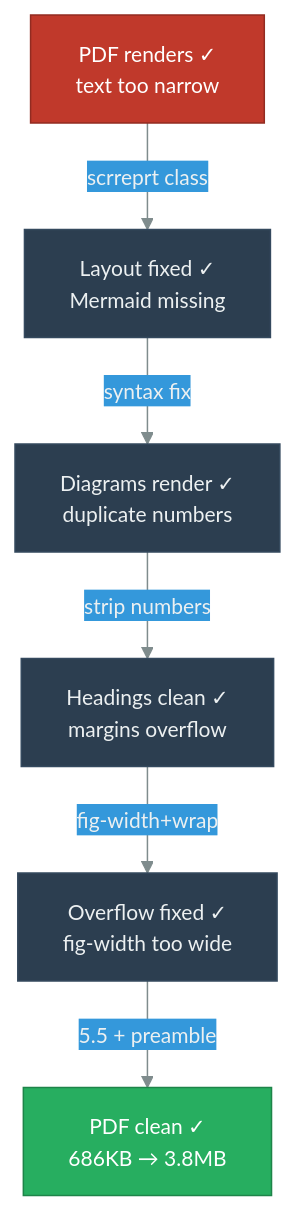
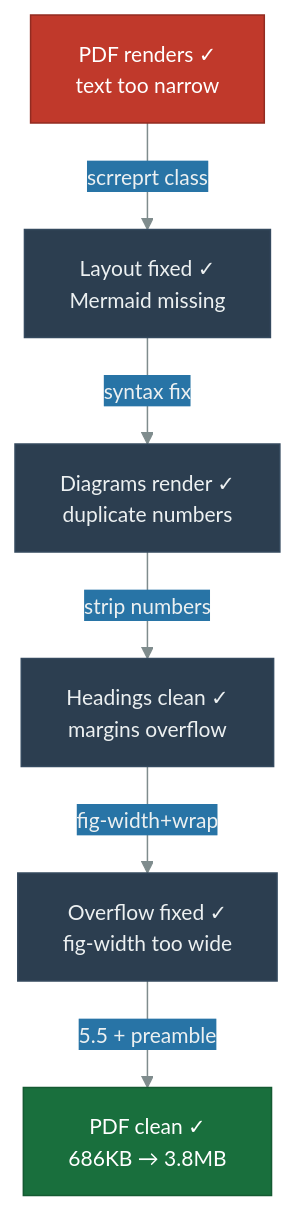
The second of 3 diagrams in case-study-publishing-pipeline.qmd (danielmeppiel/agentic-sdlc-handbook), drawn with Mermaid before and after one commit. The commit also changed other lines of this file and 2 other files, not shown here.

First line of the commit message:
fix: WCAG AA+ contrast compliance for Mermaid diagram colors

````diff
--- a/case-study-publishing-pipeline.qmd
+++ b/case-study-publishing-pipeline.qmd
@@ -67,16 +67,16 @@
 ```{mermaid}
 %%| fig-width: 4.5
 %%| fig-cap: "The 'Almost Done' trap: cascading PDF rendering fixes"
 %%| fig-alt: "Flowchart showing a cascade of five PDF rendering fixes. Step 1: PDF renders but text is too narrow, fixed by switching to scrreprt class. Step 2: Layout is fixed but Mermaid diagrams are missing, fixed by syntax correction. Step 3: Diagrams render but duplicate heading numbers appear, fixed by stripping manual numbers. Step 4: Headings are clean but margins overflow, fixed by adjusting fig-width and adding code wrap. Step 5: Overflow is fixed but fig-width is still too wide, fixed by reducing to 5.5 inches and adding preamble. Final result: PDF is clean, growing from 686KB to 3.8MB with rendered diagrams."
 %%| label: fig-cs-almost-done
-%%{init: {'theme': 'base', 'themeVariables': {'primaryColor': '#2c3e50', 'primaryTextColor': '#ecf0f1', 'primaryBorderColor': '#34495e', 'lineColor': '#7f8c8d', 'secondaryColor': '#3498db', 'tertiaryColor': '#ecf0f1', 'fontSize': '14px'}}}%%
+%%{init: {'theme': 'base', 'themeVariables': {'primaryColor': '#2c3e50', 'primaryTextColor': '#ecf0f1', 'primaryBorderColor': '#34495e', 'lineColor': '#7f8c8d', 'secondaryColor': '#2874a6', 'tertiaryColor': '#ecf0f1', 'fontSize': '14px'}}}%%
 flowchart TD
     A["PDF renders ✓<br/>text too narrow"] -->|scrreprt class| B["Layout fixed ✓<br/>Mermaid missing"]
     B -->|syntax fix| C["Diagrams render ✓<br/>duplicate numbers"]
     C -->|strip numbers| D["Headings clean ✓<br/>margins overflow"]
     D -->|fig-width+wrap| E["Overflow fixed ✓<br/>fig-width too wide"]
     E -->|5.5 + preamble| F["PDF clean ✓<br/>686KB → 3.8MB"]
 
     style A fill:#c0392b,stroke:#922b21,color:#fff
-    style F fill:#27ae60,stroke:#1e8449,color:#fff
+    style F fill:#196f3d,stroke:#145a32,color:#fff
 ```
````
